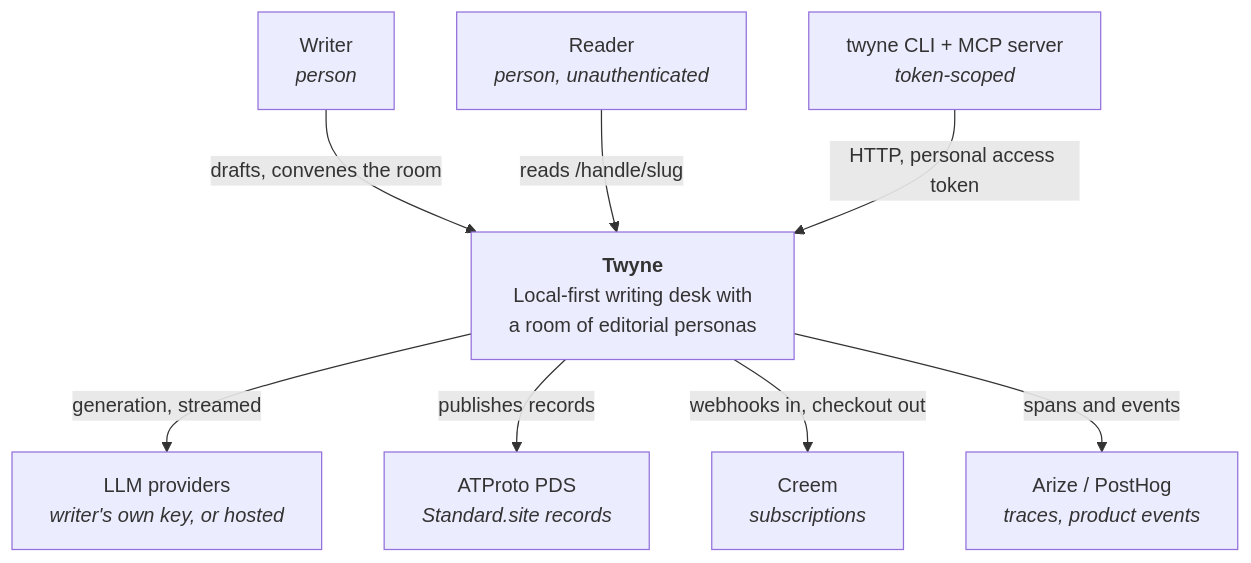
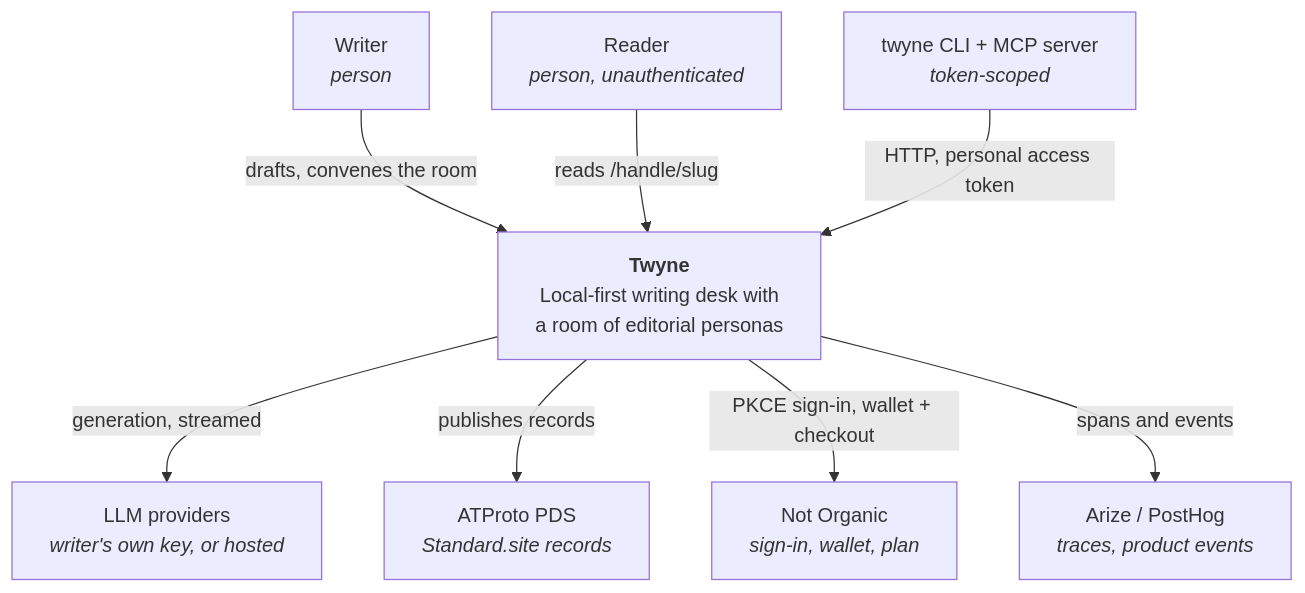
One commit to Diogenesoftoronto/twyne changed the first of 6 diagrams in docs/architecture/data-and-sync.md. Above: the diagram before and after it, drawn with Mermaid. The commit also changed 235 other files, not shown here.

````diff
--- a/docs/architecture/data-and-sync.md
+++ b/docs/architecture/data-and-sync.md
@@ -13,21 +13,21 @@
 ```mermaid
 flowchart TD
     writer["Writer<br/><i>person</i>"]
     reader["Reader<br/><i>person, unauthenticated</i>"]
 
     twyne["<b>Twyne</b><br/>Local-first writing desk with<br/>a room of editorial personas"]
 
     llm["LLM providers<br/><i>writer's own key, or hosted</i>"]
     pds["ATProto PDS<br/><i>Standard.site records</i>"]
-    creem["Creem<br/><i>subscriptions</i>"]
+    notorganic["Not Organic<br/><i>sign-in, wallet, plan</i>"]
     obs["Arize / PostHog<br/><i>traces, product events</i>"]
     tools["twyne CLI + MCP server<br/><i>token-scoped</i>"]
 
     writer -->|"drafts, convenes the room"| twyne
     reader -->|"reads /handle/slug"| twyne
     tools -->|"HTTP, personal access token"| twyne
     twyne -->|"generation, streamed"| llm
     twyne -->|"publishes records"| pds
-    twyne -->|"webhooks in, checkout out"| creem
+    twyne -->|"PKCE sign-in, wallet + checkout"| notorganic
     twyne -->|"spans and events"| obs
 ```
````
